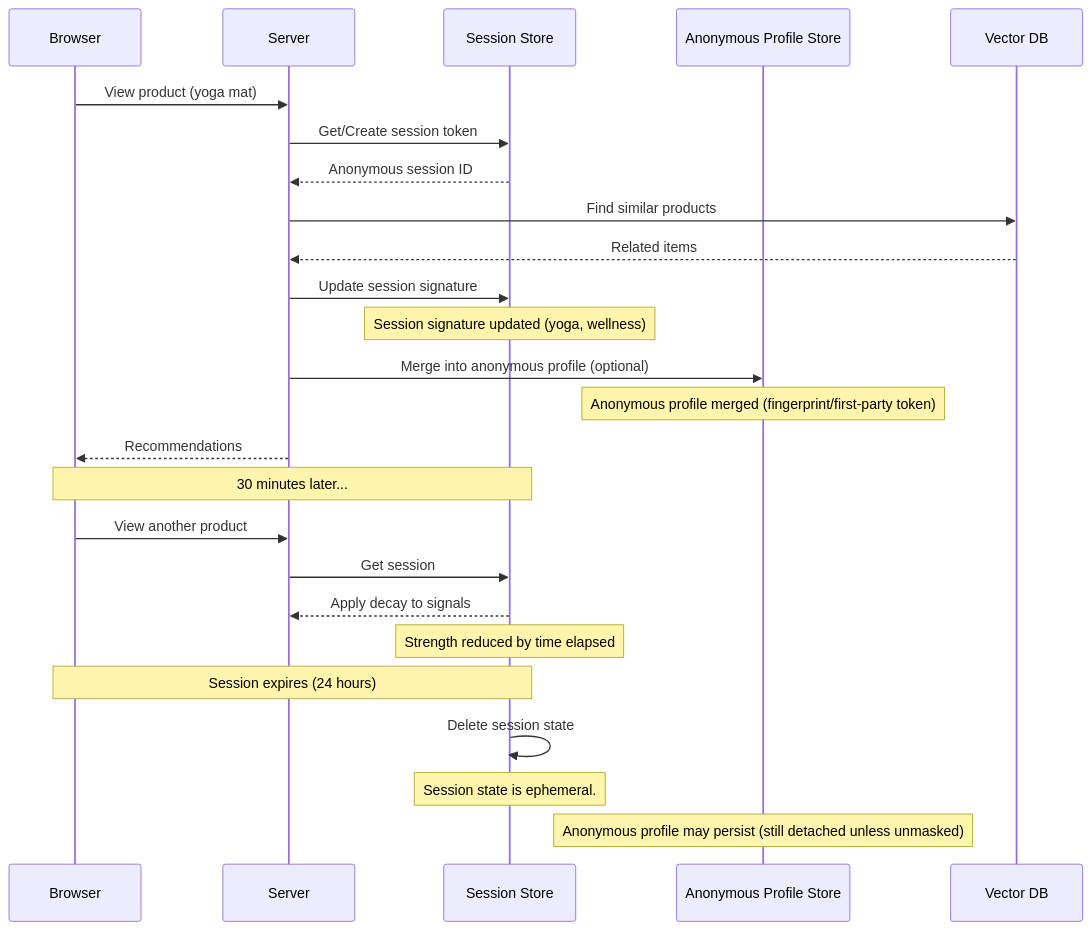
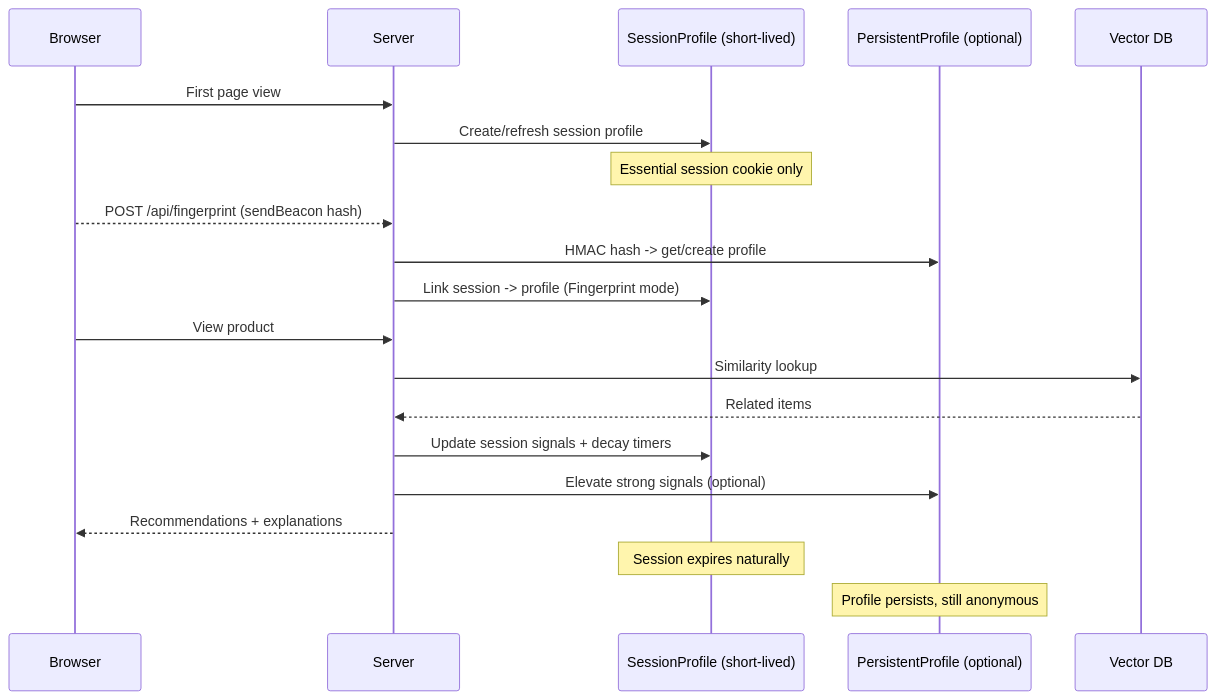
One commit to Shaddix/mostlylucidweb changed the fourth of 5 diagrams in Mostlylucid/Markdown/zero-pii-customer-intelligence-part1.md. Above: the diagram before and after it, drawn with Mermaid. The commit also changed other lines of this file and 30 other files, not shown here.

First line of the commit message:
Add cart variations, session storage, Orders/OrderItems entities, and standardize JSONB property naming

````diff
--- a/Mostlylucid/Markdown/zero-pii-customer-intelligence-part1.md
+++ b/Mostlylucid/Markdown/zero-pii-customer-intelligence-part1.md
@@ -434,36 +463,26 @@
 ```mermaid
 sequenceDiagram
     participant Browser
     participant Server
-    participant Session as Session Store
-    participant Profile as Anonymous Profile Store
-    participant Qdrant as Vector DB
-    
-    Browser->>Server: View product (yoga mat)
-    Server->>Session: Get/Create session token
-    Session-->>Server: Anonymous session ID
-    
-    Server->>Qdrant: Find similar products
-    Qdrant-->>Server: Related items
-    
-    Server->>Session: Update session signature
-    Note over Session: Session signature updated (yoga, wellness)
+    participant Session as SessionProfile (short-lived)
+    participant Profile as PersistentProfile (optional)
+    participant Vector as Vector DB
 
-    Server->>Profile: Merge into anonymous profile (optional)
-    Note over Profile: Anonymous profile merged (fingerprint/first-party token)
-    
-    Server-->>Browser: Recommendations
-    
-    Note over Browser,Session: 30 minutes later...
-    
-    Browser->>Server: View another product
-    Server->>Session: Get session
-    Session-->>Server: Apply decay to signals
-    Note over Session: Strength reduced by time elapsed
-    
-    Note over Browser,Session: Session expires (24 hours)
-    Session->>Session: Delete session state
-    Note over Session: Session state is ephemeral.
+    Browser->>Server: First page view
+    Server->>Session: Create/refresh session profile
+    Note over Session: Essential session cookie only
 
-    Note over Profile: Anonymous profile may persist (still detached unless unmasked)
+    Browser-->>Server: POST /api/fingerprint (sendBeacon hash)
+    Server->>Profile: HMAC hash -> get/create profile
+    Server->>Session: Link session -> profile (Fingerprint mode)
+
+    Browser->>Server: View product
+    Server->>Vector: Similarity lookup
+    Vector-->>Server: Related items
+    Server->>Session: Update session signals + decay timers
+    Server->>Profile: Elevate strong signals (optional)
+    Server-->>Browser: Recommendations + explanations
+
+    Note over Session: Session expires naturally
+    Note over Profile: Profile persists, still anonymous
 ```
````
